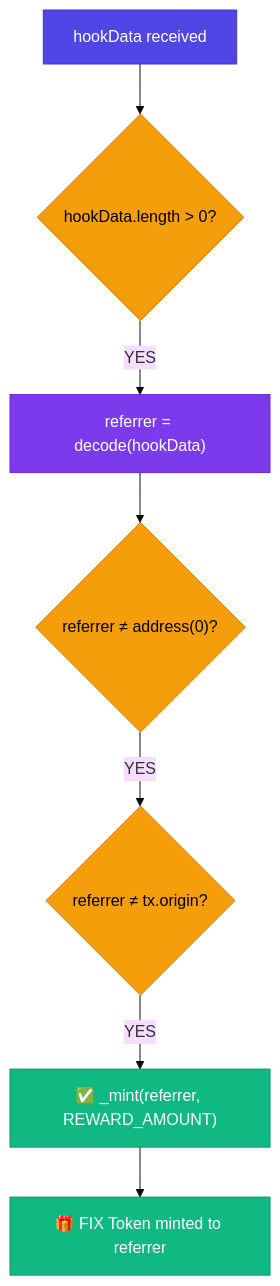
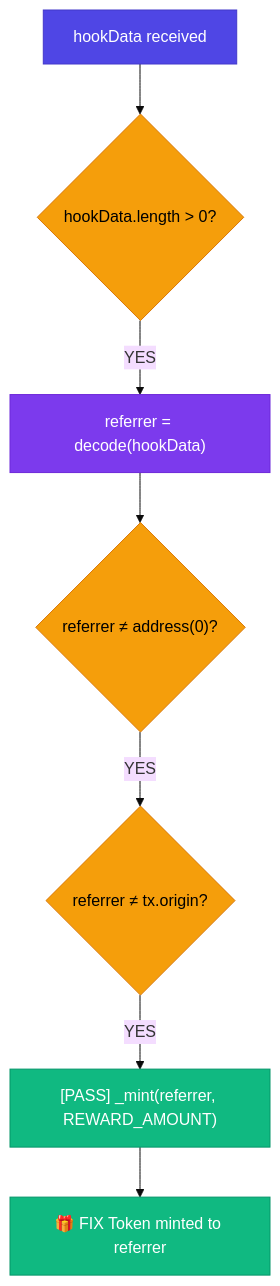
One commit to guglxni/the-fixer-hook changed the fourth of 12 diagrams in docs/SYSTEM_DESIGN.md. Above: the diagram before and after it, drawn with Mermaid (base theme). The commit also changed other lines of this file and 15 other files, not shown here.

````diff
--- a/docs/SYSTEM_DESIGN.md
+++ b/docs/SYSTEM_DESIGN.md
@@ -287,17 +287,17 @@
 ```mermaid
 flowchart TD
     Start["hookData received"] --> Check1{"hookData.length > 0?"}
     Check1 -- "YES" --> Decode["referrer = decode(hookData)"]
     Decode --> Check2{"referrer ≠ address(0)?"}
     Check2 -- "YES" --> Check3{"referrer ≠ tx.origin?"}
-    Check3 -- "YES" --> Mint["✅ _mint(referrer, REWARD_AMOUNT)"]
+    Check3 -- "YES" --> Mint["[PASS] _mint(referrer, REWARD_AMOUNT)"]
     Mint --> Result["🎁 FIX Token minted to referrer"]
 
     style Start fill:#4F46E5,color:#fff,stroke:#4338CA
     style Check1 fill:#F59E0B,color:#000,stroke:#D97706
     style Decode fill:#7C3AED,color:#fff,stroke:#6D28D9
     style Check2 fill:#F59E0B,color:#000,stroke:#D97706
     style Check3 fill:#F59E0B,color:#000,stroke:#D97706
     style Mint fill:#10B981,color:#fff,stroke:#059669
     style Result fill:#10B981,color:#fff,stroke:#059669
 ```
````
